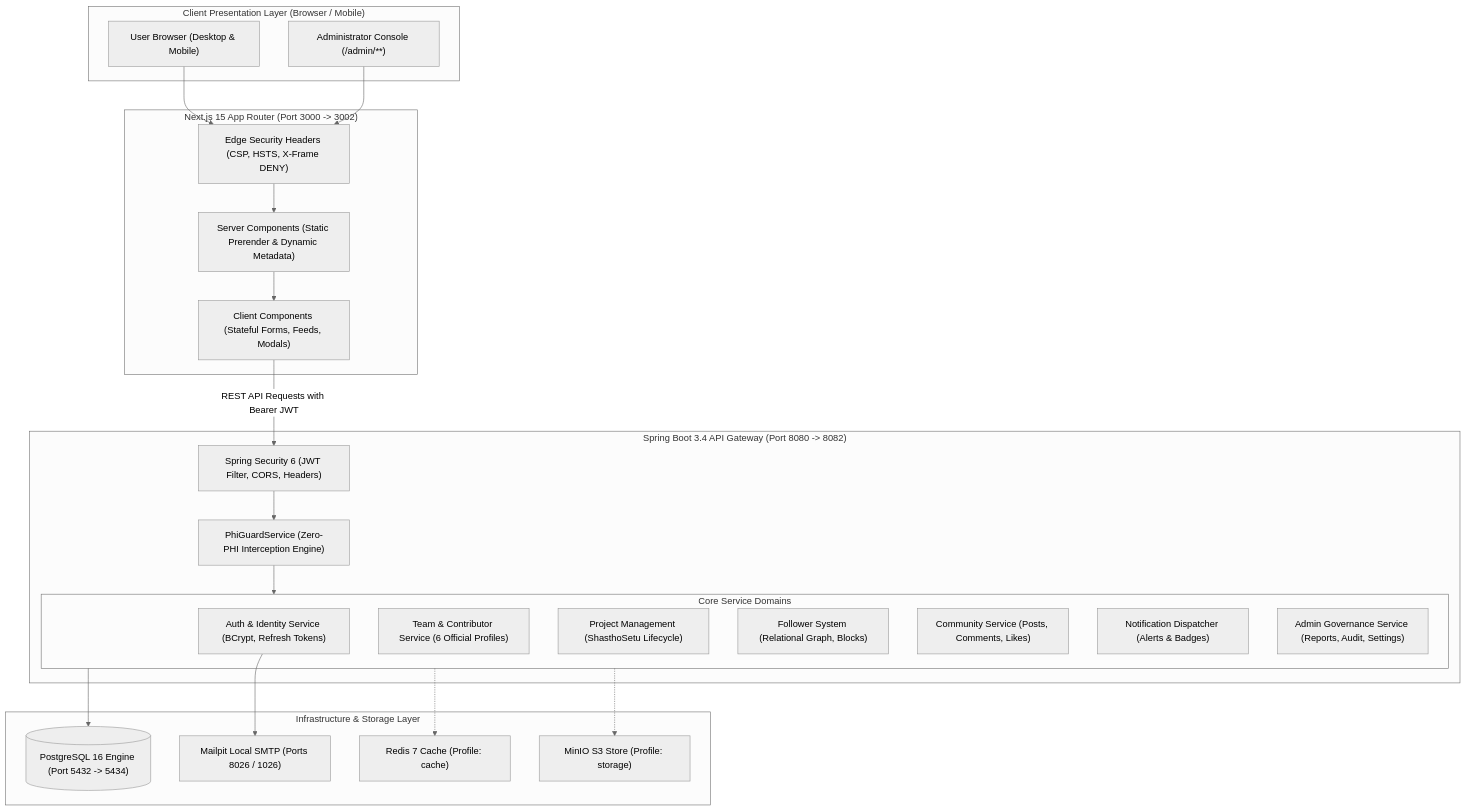
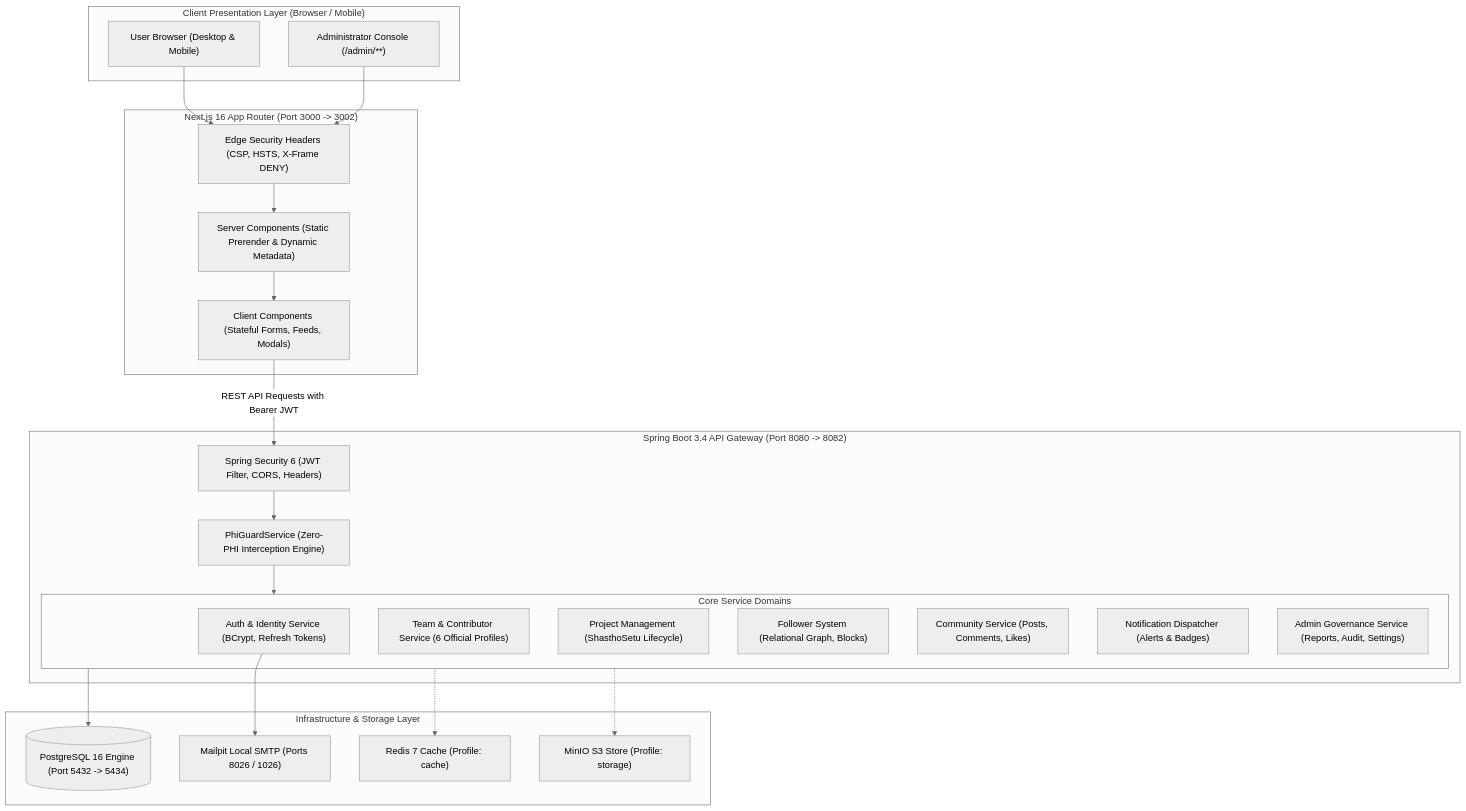
Before and after one commit to Medi-Nex/MediNex: the first of 2 diagrams in ARCHITECTURE.md, drawn with Mermaid (neutral theme). The commit also changed other lines of this file and 81 other files, not shown here.

````diff
--- a/ARCHITECTURE.md
+++ b/ARCHITECTURE.md
@@ -15,49 +15,49 @@
 ```mermaid
 flowchart TD
     subgraph ClientLayer ["Client Presentation Layer (Browser / Mobile)"]
         Browser["User Browser (Desktop & Mobile)"]
         AdminBrowser["Administrator Console (/admin/**)"]
     end
 
-    subgraph FrontendApp ["Next.js 15 App Router (Port 3000 -> 3002)"]
+    subgraph FrontendApp ["Next.js 16 App Router (Port 3000 -> 3002)"]
         NextSSR["Server Components (Static Prerender & Dynamic Metadata)"]
         NextCSR["Client Components (Stateful Forms, Feeds, Modals)"]
         NextSecurity["Edge Security Headers (CSP, HSTS, X-Frame DENY)"]
     end
 
     subgraph APIGateway ["Spring Boot 3.4 API Gateway (Port 8080 -> 8082)"]
         SecurityFilter["Spring Security 6 (JWT Filter, CORS, Headers)"]
         PhiFilter["PhiGuardService (Zero-PHI Interception Engine)"]
 
         subgraph CoreModules ["Core Service Domains"]
             AuthModule["Auth & Identity Service (BCrypt, Refresh Tokens)"]
             TeamModule["Team & Contributor Service (6 Official Profiles)"]
             ProjectModule["Project Management (ShasthoSetu Lifecycle)"]
             FollowModule["Follower System (Relational Graph, Blocks)"]
             CommunityModule["Community Service (Posts, Comments, Likes)"]
             NotificationModule["Notification Dispatcher (Alerts & Badges)"]
             AdminModule["Admin Governance Service (Reports, Audit, Settings)"]
         end
     end
 
     subgraph DataPersistence ["Infrastructure & Storage Layer"]
         Postgres[("PostgreSQL 16 Engine (Port 5432 -> 5434)")]
         Mailpit["Mailpit Local SMTP (Ports 8026 / 1026)"]
         Redis["Redis 7 Cache (Profile: cache)"]
         MinIO["MinIO S3 Store (Profile: storage)"]
     end
 
     Browser --> NextSecurity
     AdminBrowser --> NextSecurity
     NextSecurity --> NextSSR
     NextSSR --> NextCSR
 
     NextCSR -->|REST API Requests with Bearer JWT| SecurityFilter
     SecurityFilter --> PhiFilter
     PhiFilter --> CoreModules
 
     CoreModules --> Postgres
     AuthModule --> Mailpit
     CoreModules -.-> Redis
     CoreModules -.-> MinIO
 ```
````
